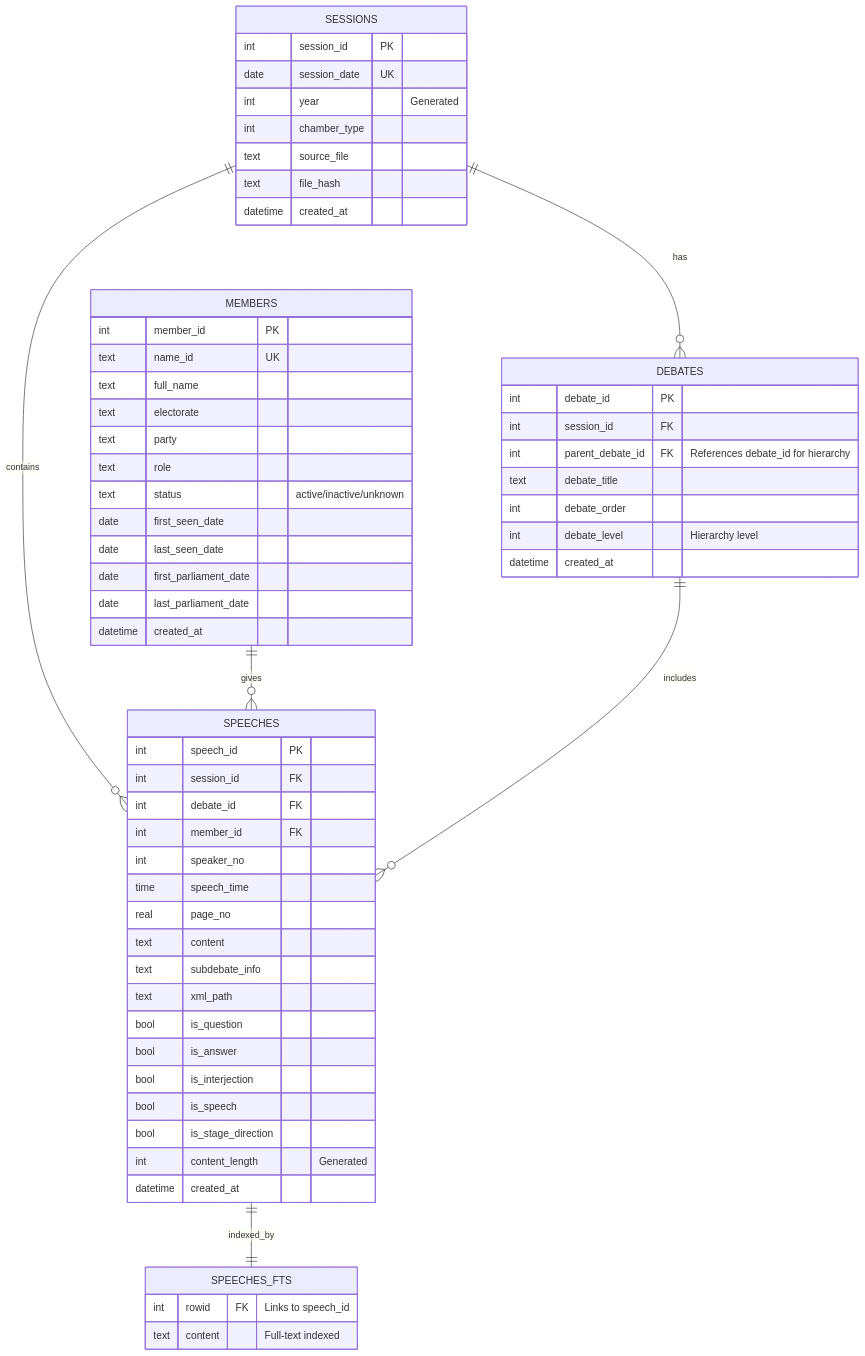
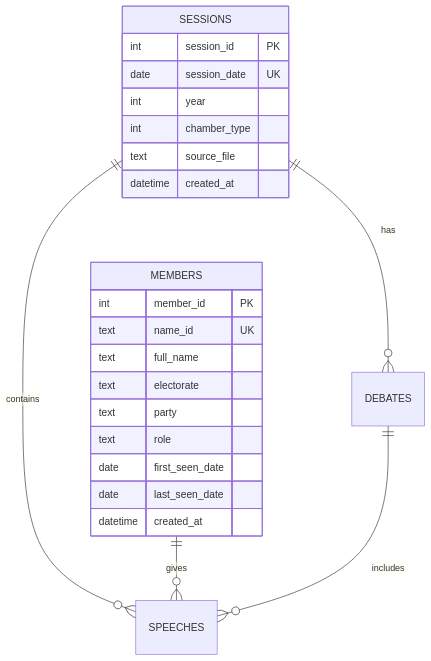
One commit to Australian-Parliamentary-Speech/hansardR changed the first of 2 diagrams in README.Rmd. Above: the diagram before and after it, drawn with Mermaid. The commit also changed other lines of this file and 2 other files, not shown here.

Commit message:
Revert to mermaid direct rendering

````diff
--- a/README.Rmd
+++ b/README.Rmd
@@ -137,68 +138,28 @@
-<div class="mermaid">
+```mermaid
 erDiagram
     SESSIONS {
         int session_id PK
         date session_date UK
-        int year "Generated"
+        int year
         int chamber_type
         text source_file
-        text file_hash
         datetime created_at
     }
     
     MEMBERS {
         int member_id PK
         text name_id UK
         text full_name
         text electorate
         text party
         text role
-        text status "active/inactive/unknown"
         date first_seen_date
         date last_seen_date
-        date first_parliament_date
-        date last_parliament_date
         datetime created_at
-    }
-    
-    DEBATES {
-        int debate_id PK
-        int session_id FK
-        int parent_debate_id FK "References debate_id for hierarchy"
-        text debate_title
-        int debate_order
-        int debate_level "Hierarchy level"
-        datetime created_at
-    }
-    
-    SPEECHES {
-        int speech_id PK
-        int session_id FK
-        int debate_id FK
-        int member_id FK
-        int speaker_no
-        time speech_time
-        real page_no
-        text content
-        text subdebate_info
-        text xml_path
-        bool is_question
-        bool is_answer
-        bool is_interjection
-        bool is_speech
-        bool is_stage_direction
-        int content_length "Generated"
-        datetime created_at
-    }
-    
-    SPEECHES_FTS {
-        int rowid FK "Links to speech_id"
-        text content "Full-text indexed"
     }
 
     SESSIONS ||--o{ DEBATES : "has"
     SESSIONS ||--o{ SPEECHES : "contains"
     MEMBERS ||--o{ SPEECHES : "gives"
     DEBATES ||--o{ SPEECHES : "includes"
-    SPEECHES ||--|| SPEECHES_FTS : "indexed_by"
-</div>
+```
````
